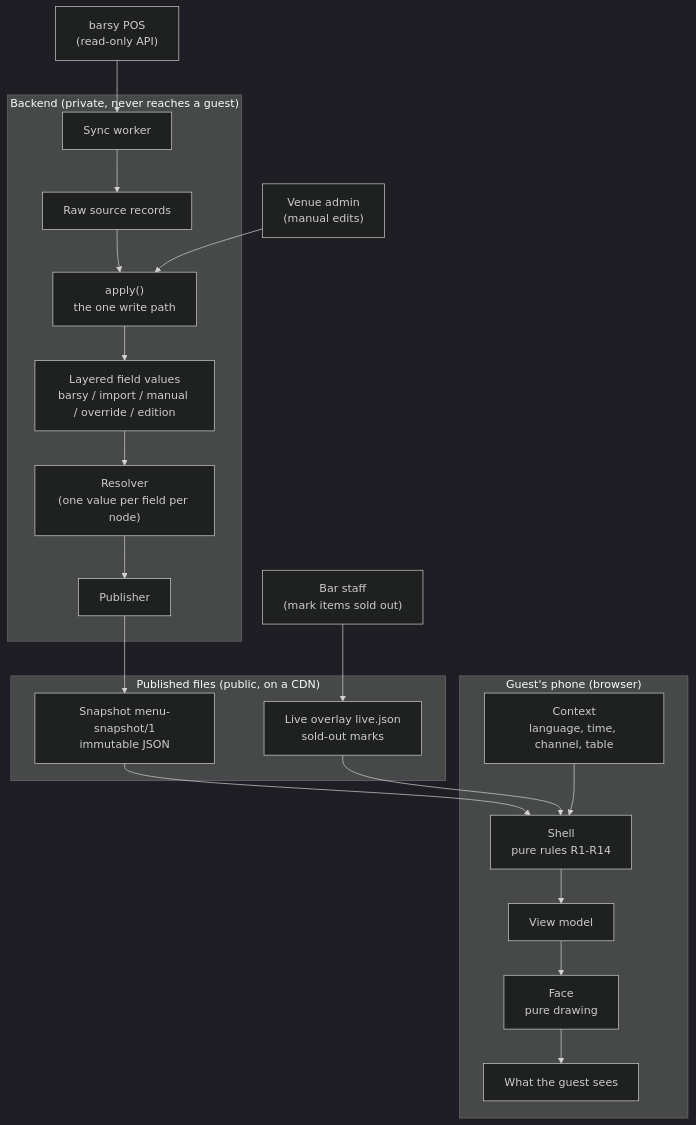
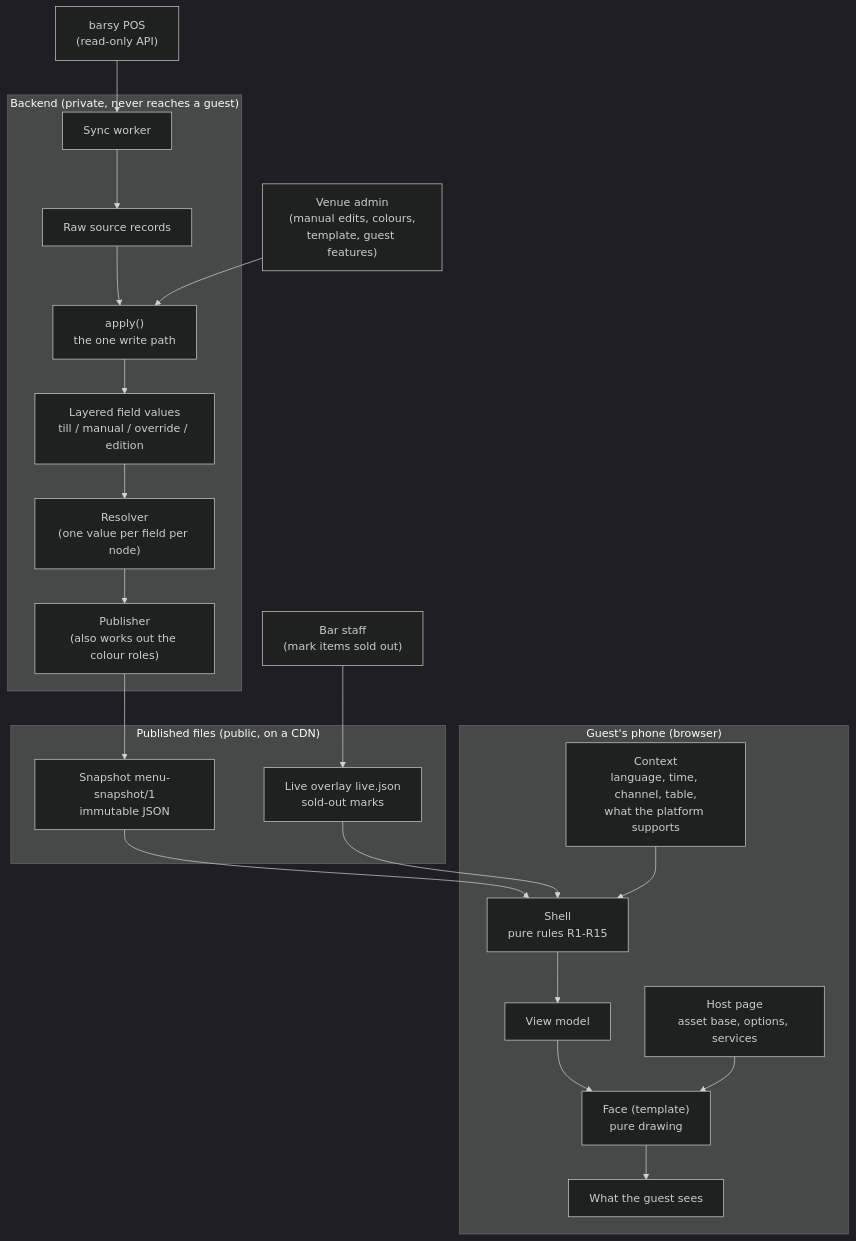
One commit to MartinKostadinov04/restro changed the first of 5 diagrams in docs/guides/shell-handoff/visualization-shell.md. Above: the diagram before and after it, drawn with Mermaid (dark theme). The commit also changed other lines of this file, not shown here.

First line of the commit message:
docs(guide): designer guide v2 for the template gallery (SH-08)

````diff
--- a/docs/guides/shell-handoff/visualization-shell.md
+++ b/docs/guides/shell-handoff/visualization-shell.md
@@ -36,37 +65,39 @@
 ```mermaid
 flowchart TD
   POS["barsy POS<br/>(read-only API)"]
-  ED["Venue admin<br/>(manual edits)"]
+  ED["Venue admin<br/>(manual edits, colours,<br/>template, guest features)"]
   STAFF["Bar staff<br/>(mark items sold out)"]
 
   subgraph BACKEND ["Backend (private, never reaches a guest)"]
     SYNC["Sync worker"]
     RAW["Raw source records"]
     APPLY["apply()<br/>the one write path"]
-    LAYERS["Layered field values<br/>barsy / import / manual / override / edition"]
+    LAYERS["Layered field values<br/>till / manual / override / edition"]
     RES["Resolver<br/>(one value per field per node)"]
-    PUB["Publisher"]
+    PUB["Publisher<br/>(also works out the colour roles)"]
   end
 
   subgraph CDN ["Published files (public, on a CDN)"]
     SNAP["Snapshot menu-snapshot/1<br/>immutable JSON"]
     LIVE["Live overlay live.json<br/>sold-out marks"]
   end
 
   subgraph PHONE ["Guest's phone (browser)"]
-    CTX["Context<br/>language, time, channel, table"]
-    SHELL["Shell<br/>pure rules R1-R14"]
+    CTX["Context<br/>language, time, channel, table,<br/>what the platform supports"]
+    SHELL["Shell<br/>pure rules R1-R15"]
     VM["View model"]
-    FACE["Face<br/>pure drawing"]
+    HOST["Host page<br/>asset base, options, services"]
+    FACE["Face (template)<br/>pure drawing"]
     SCREEN["What the guest sees"]
   end
 
   POS --> SYNC --> RAW --> APPLY
   ED --> APPLY
   APPLY --> LAYERS --> RES --> PUB --> SNAP
   STAFF --> LIVE
   SNAP --> SHELL
   LIVE --> SHELL
   CTX --> SHELL
   SHELL --> VM --> FACE --> SCREEN
+  HOST --> FACE
 ```
````
